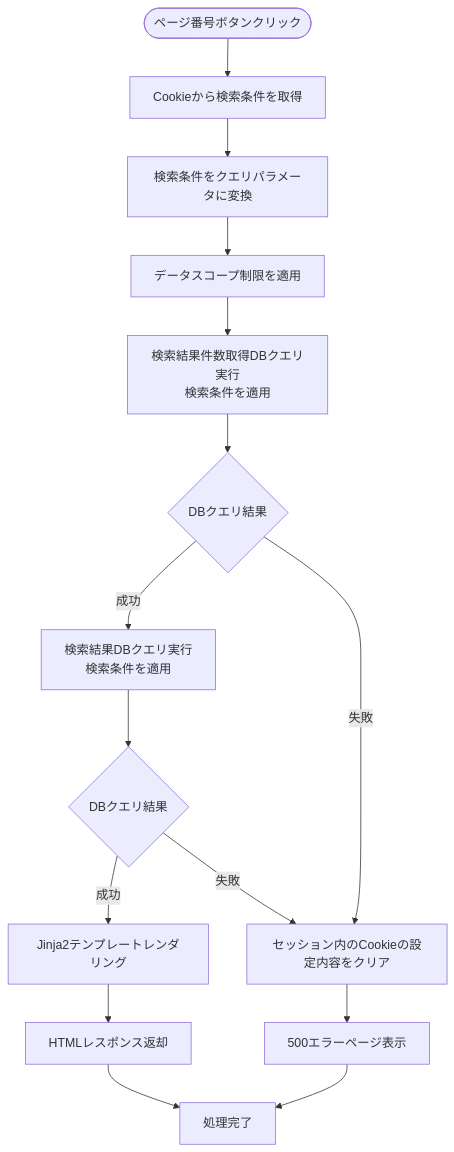
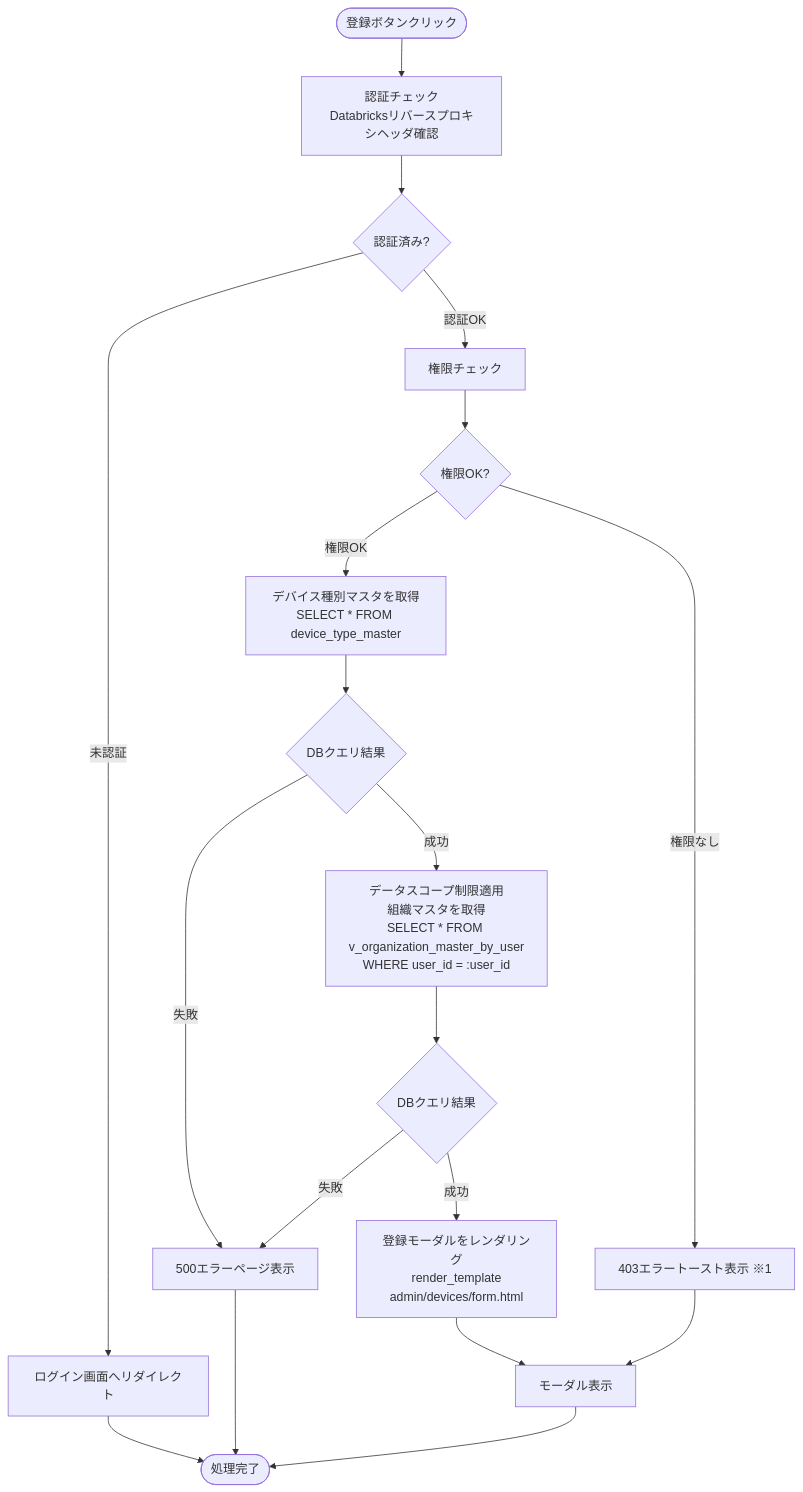
Before and after one commit to NSW-SVCP-AIWG002/Databricks-IoT: the third of 8 diagrams in docs/03-features/flask-app/devices/workflow-specification.md, drawn with Mermaid. The commit also changed other lines of this file and 3 other files, not shown here.

````diff
--- a/docs/03-features/flask-app/devices/workflow-specification.md
+++ b/docs/03-features/flask-app/devices/workflow-specification.md
@@ -478,23 +702,28 @@
 ```mermaid
 flowchart TD
-    Start([ページ番号ボタンクリック]) --> GetParams[Cookieから検索条件を取得]
-    GetParams --> Convert[検索条件をクエリパラメータに変換]
-    Convert --> Scope[データスコープ制限を適用]
-    Scope --> Count[検索結果件数取得DBクエリ実行<br>検索条件を適用]
-    Count --> CheckDB0{DBクエリ結果}
+    Start([登録ボタンクリック]) --> Auth[認証チェック<br>Databricksリバースプロキシヘッダ確認]
+    Auth --> CheckAuth{認証済み?}
+    CheckAuth -->|未認証| LoginRedirect[ログイン画面へリダイレクト]
+    CheckAuth -->|認証OK| Permission[権限チェック]
+
+    Permission --> CheckPerm{権限OK?}
+    CheckPerm -->|権限なし| Error403[403エラートースト表示 ※1]
+    CheckPerm -->|権限OK| LoadCategory[デバイス種別マスタを取得<br>SELECT * FROM device_type_master]
+
+    LoadCategory --> CheckDB0{DBクエリ結果}
+
+    CheckDB0 -->|成功| LoadOrgs[データスコープ制限適用<br>組織マスタを取得<br>SELECT * FROM v_organization_master_by_user<br>WHERE user_id = :user_id]
+    CheckDB0 -->|失敗| Error500[500エラーページ表示]
+
+    LoadOrgs --> CheckDB{DBクエリ結果}
     
-    CheckDB0 -->|成功| Query[検索結果DBクエリ実行<br>検索条件を適用]
-    CheckDB0 -->|失敗| ClearParams[セッション内のCookieの設定内容をクリア]
+    CheckDB -->|成功| Template[登録モーダルをレンダリング<br>render_template<br>admin/devices/form.html]
+    CheckDB -->|失敗| Error500
     
-    ClearParams --> Error500[500エラーページ表示]
-    
-    Query --> CheckDB{DBクエリ結果}
+    Template --> View[モーダル表示]
+    Error403 --> View
 
-    CheckDB -->|成功| Template[Jinja2テンプレートレンダリング]
-    Template --> Response[HTMLレスポンス返却]
-
-    CheckDB -->|失敗| ClearParams
-
-    Response --> 処理完了
-    Error500 --> 処理完了
+    LoginRedirect --> End([処理完了])
+    Error500 --> End
+    View --> End
 ```
````
